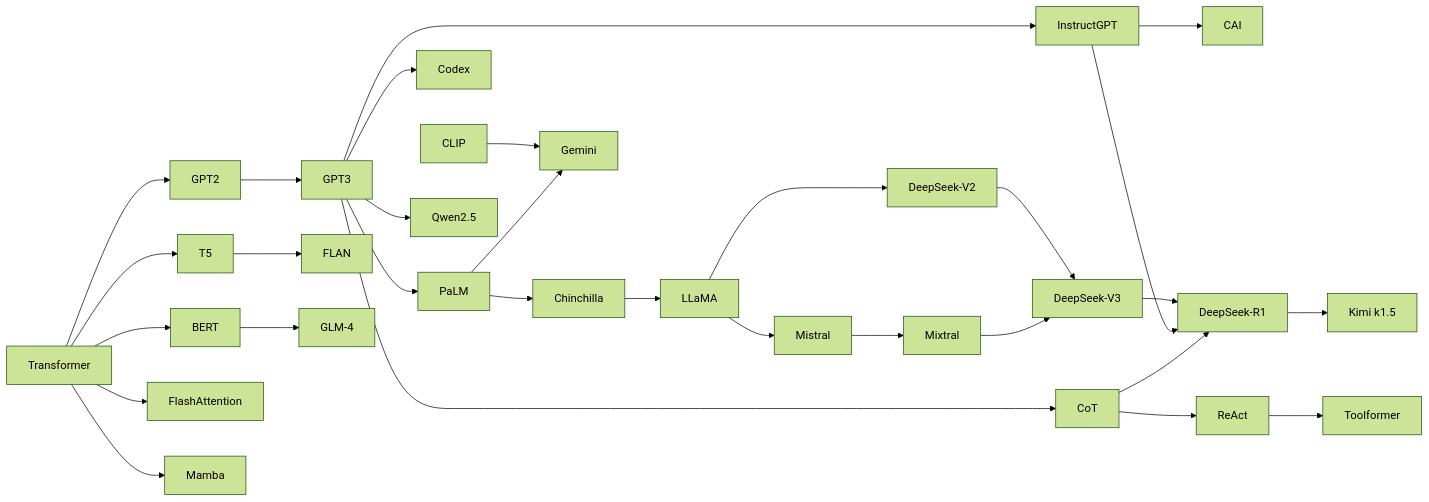
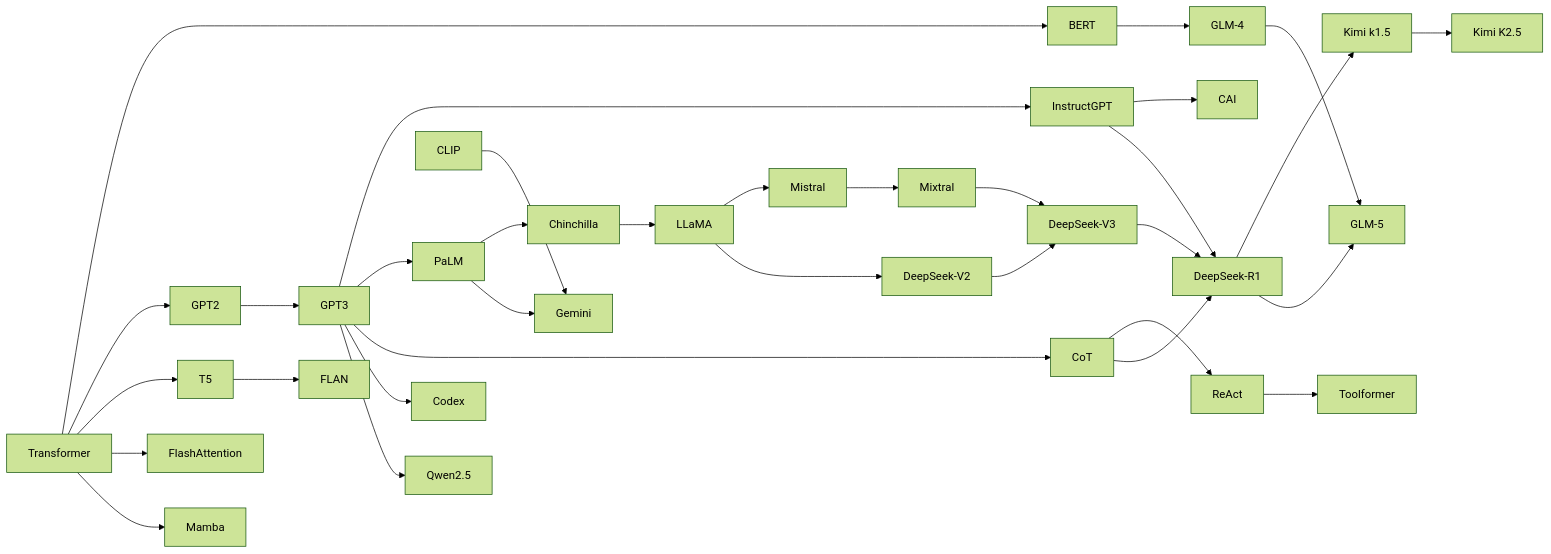
One commit to spawn08/llmbase changed the diagram in docs/06_research_papers/index.md. Above: the diagram before and after it, drawn with Mermaid (forest theme). The commit also changed other lines of this file, not shown here.

Commit message:
Update Chinese Lab Contributions section to extend the timeline to 2026 and include new entries for GLM-5 and Kimi K2.5. Enhance descriptions of their innovative approaches in agentic systems and multi-agent coordination, along with relevant interview questions.

````diff
--- a/docs/06_research_papers/index.md
+++ b/docs/06_research_papers/index.md
@@ -106,20 +109,23 @@
 ```mermaid
 flowchart LR
     T[Transformer] --> BERT & GPT2 & T5
     GPT2 --> GPT3
     GPT3 --> Inst[InstructGPT] & PaLM & CoT & Codex
     Inst --> CAI
     PaLM --> Chinchilla --> LLaMA --> Mistral --> Mixtral
     T5 --> FLAN
     CoT --> ReAct --> Toolformer
     CLIP --> Gemini
     PaLM --> Gemini
     T --> FlashAttention & Mamba
     LLaMA --> DSV2[DeepSeek-V2] --> DSV3[DeepSeek-V3] --> DSR1[DeepSeek-R1]
     Mixtral --> DSV3
     DSR1 --> KimiK15[Kimi k1.5]
+    KimiK15 --> KimiK25[Kimi K2.5]
     BERT --> GLM4[GLM-4]
+    GLM4 --> GLM5[GLM-5]
+    DSR1 --> GLM5
     GPT3 --> Qwen25[Qwen2.5]
     Inst --> DSR1
     CoT --> DSR1
 ```
````
